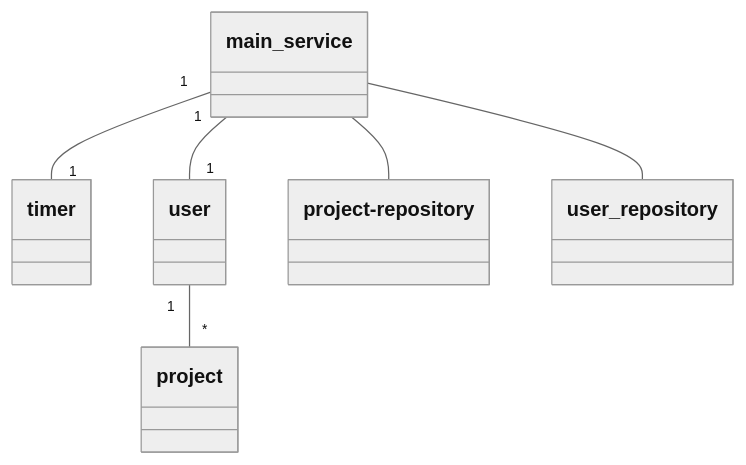
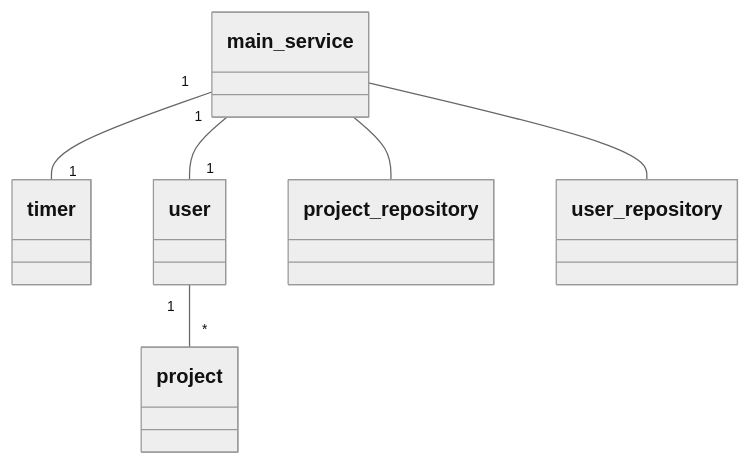
The diagram in dokumentaatio/arkkitehtuuri.md (leoalho/ajastinApp), drawn with Mermaid (neutral theme) before and after one commit.

````diff
--- a/dokumentaatio/arkkitehtuuri.md
+++ b/dokumentaatio/arkkitehtuuri.md
@@ -1,8 +1,8 @@
 ```mermaid
 classDiagram
     main_service "1" -- "1" timer
     main_service "1" -- "1" user
     user "1" -- "*" project
-    main_service -- project-repository
+    main_service -- project_repository
     main_service -- user_repository
 ```
````
